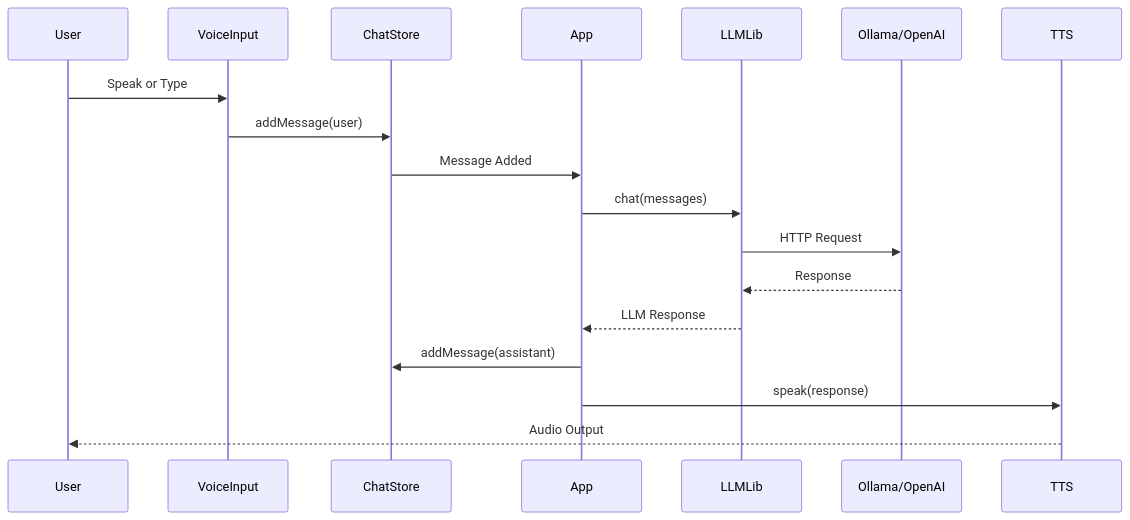
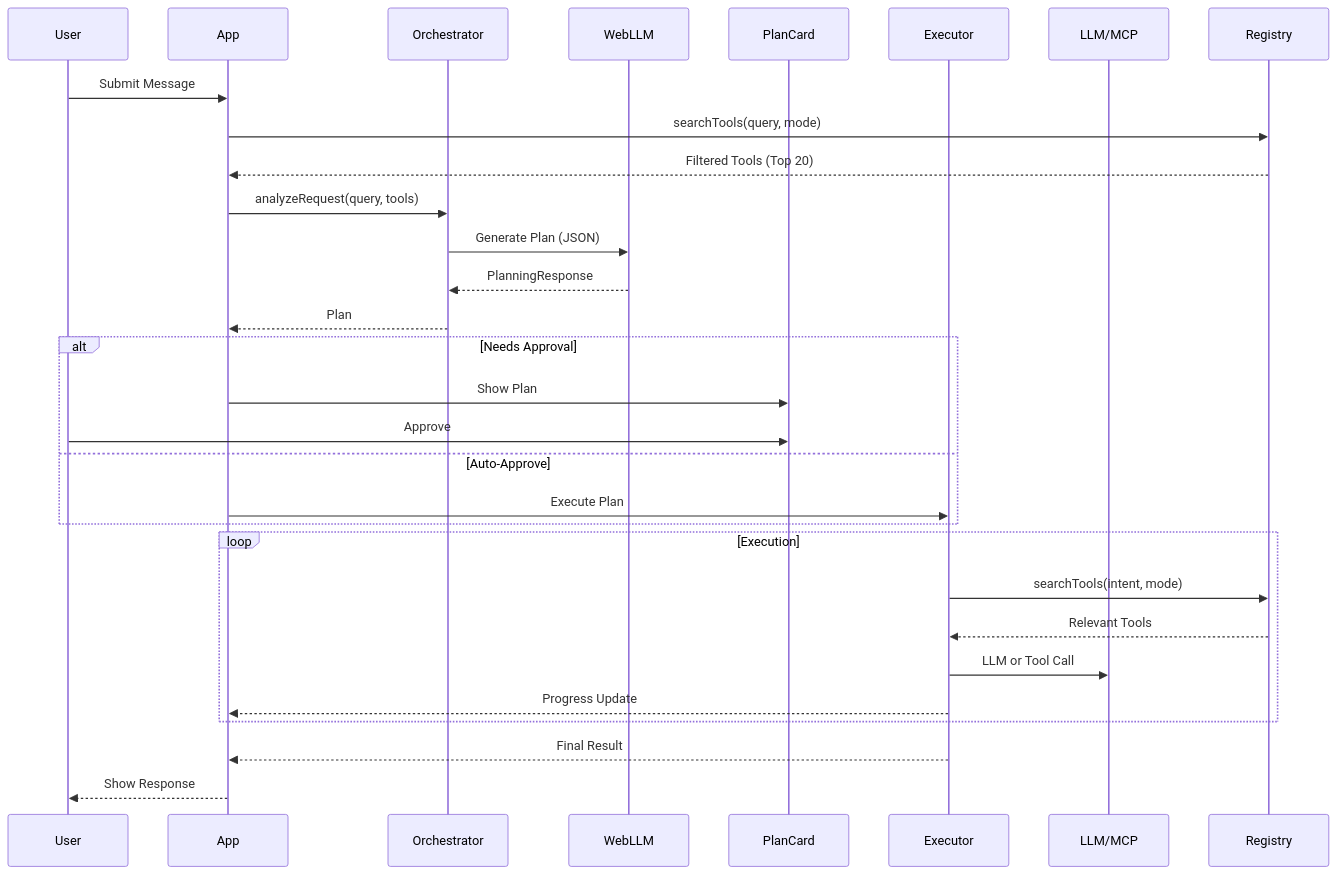
The seventh of 23 diagrams in architecture.md (meharajM/ai-worker.app), drawn with Mermaid before and after one commit. The commit also changed other lines of this file and 20 other files, not shown here.

Commit message:
feat: Implement AI orchestration with dynamic tool selection, app modes, and a planning UI.

````diff
--- a/architecture.md
+++ b/architecture.md
@@ -242,21 +249,35 @@
 ```mermaid
 sequenceDiagram
     participant User
-    participant VoiceInput
-    participant ChatStore
     participant App
-    participant LLMLib
-    participant Ollama/OpenAI
-    participant TTS
-
-    User->>VoiceInput: Speak or Type
-    VoiceInput->>ChatStore: addMessage(user)
-    ChatStore->>App: Message Added
-    App->>LLMLib: chat(messages)
-    LLMLib->>Ollama/OpenAI: HTTP Request
-    Ollama/OpenAI-->>LLMLib: Response
-    LLMLib-->>App: LLM Response
-    App->>ChatStore: addMessage(assistant)
-    App->>TTS: speak(response)
-    TTS-->>User: Audio Output
+    participant Orchestrator
+    participant WebLLM
+    participant PlanCard
+    participant Executor
+    participant LLM/MCP
+    
+    User->>App: Submit Message
+    App->>Registry: searchTools(query, mode)
+    Registry-->>App: Filtered Tools (Top 20)
+    App->>Orchestrator: analyzeRequest(query, tools)
+    Orchestrator->>WebLLM: Generate Plan (JSON)
+    WebLLM-->>Orchestrator: PlanningResponse
+    Orchestrator-->>App: Plan
+    
+    alt Needs Approval
+        App->>PlanCard: Show Plan
+        User->>PlanCard: Approve
+    else Auto-Approve
+        App->>Executor: Execute Plan
+    end
+    
+    loop Execution
+        Executor->>Registry: searchTools(intent, mode)
+        Registry-->>Executor: Relevant Tools
+        Executor->>LLM/MCP: LLM or Tool Call
+        Executor-->>App: Progress Update
+    end
+    
+    Executor-->>App: Final Result
+    App-->>User: Show Response
 ```
````
